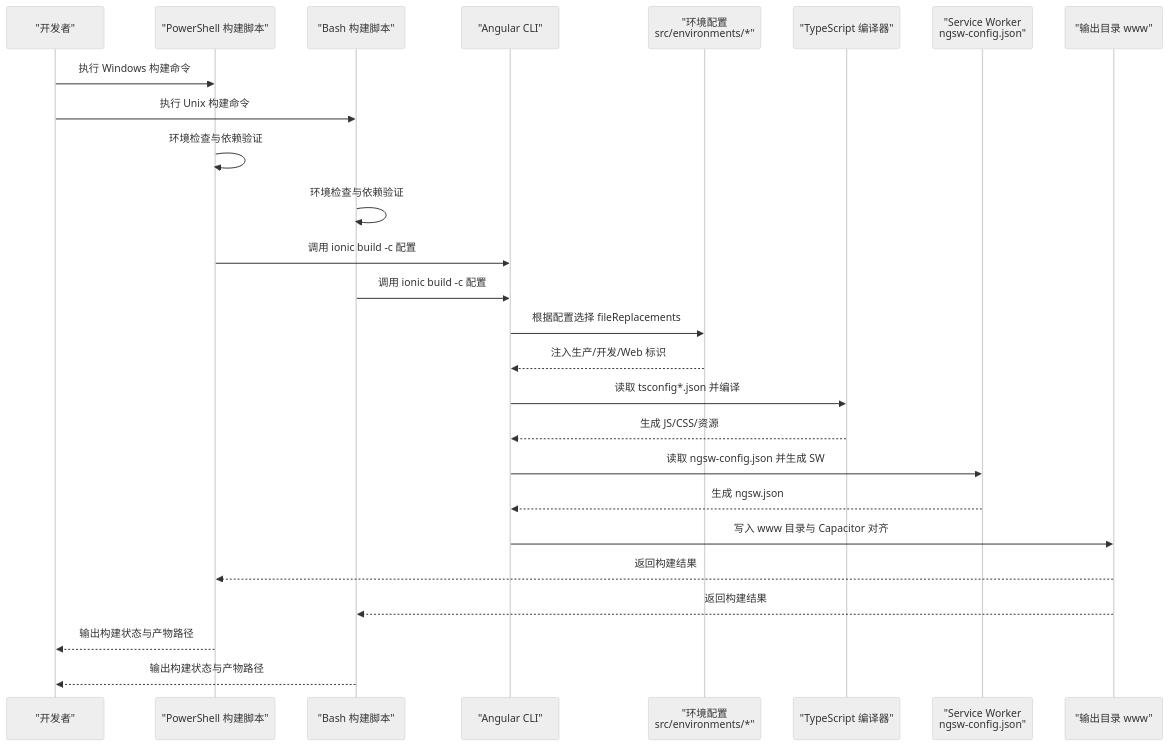
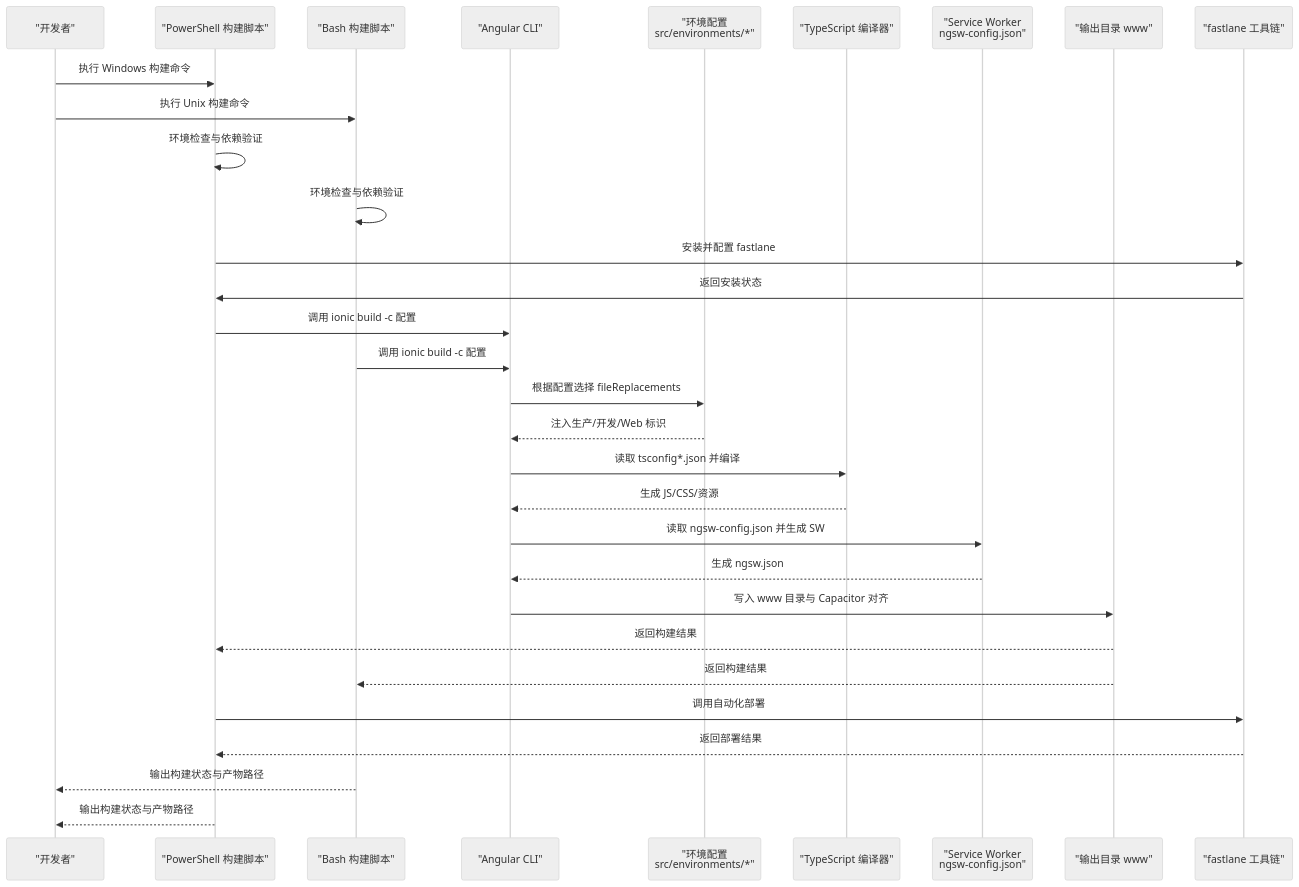
The second of 4 diagrams in .qoder/repowiki/zh/content/构建与部署/构建配置.md (tea4go/Macro-Deck-Client-App), drawn with Mermaid (neutral theme) before and after one commit. The commit also changed other lines of this file and 15 other files, not shown here.

````diff
--- a/.qoder/repowiki/zh/content/构建与部署/构建配置.md
+++ b/.qoder/repowiki/zh/content/构建与部署/构建配置.md
@@ -123,28 +122,33 @@
 ```mermaid
 sequenceDiagram
 participant Dev as "开发者"
 participant WinPS as "PowerShell 构建脚本"
 participant UnixSh as "Bash 构建脚本"
 participant CLI as "Angular CLI"
 participant Env as "环境配置<br/>src/environments/*"
 participant TS as "TypeScript 编译器"
 participant SW as "Service Worker<br/>ngsw-config.json"
 participant Out as "输出目录 www"
+participant Fastlane as "fastlane 工具链"
 Dev->>WinPS : 执行 Windows 构建命令
 Dev->>UnixSh : 执行 Unix 构建命令
 WinPS->>WinPS : 环境检查与依赖验证
 UnixSh->>UnixSh : 环境检查与依赖验证
+WinPS->>Fastlane : 安装并配置 fastlane
+Fastlane->>WinPS : 返回安装状态
 WinPS->>CLI : 调用 ionic build -c 配置
 UnixSh->>CLI : 调用 ionic build -c 配置
 CLI->>Env : 根据配置选择 fileReplacements
 Env-->>CLI : 注入生产/开发/Web 标识
 CLI->>TS : 读取 tsconfig*.json 并编译
 TS-->>CLI : 生成 JS/CSS/资源
 CLI->>SW : 读取 ngsw-config.json 并生成 SW
 SW-->>CLI : 生成 ngsw.json
 CLI->>Out : 写入 www 目录与 Capacitor 对齐
 Out-->>WinPS : 返回构建结果
 Out-->>UnixSh : 返回构建结果
+WinPS->>Fastlane : 调用自动化部署
+Fastlane-->>WinPS : 返回部署结果
+UnixSh-->>Dev : 输出构建状态与产物路径
 WinPS-->>Dev : 输出构建状态与产物路径
-UnixSh-->>Dev : 输出构建状态与产物路径
 ```
````
